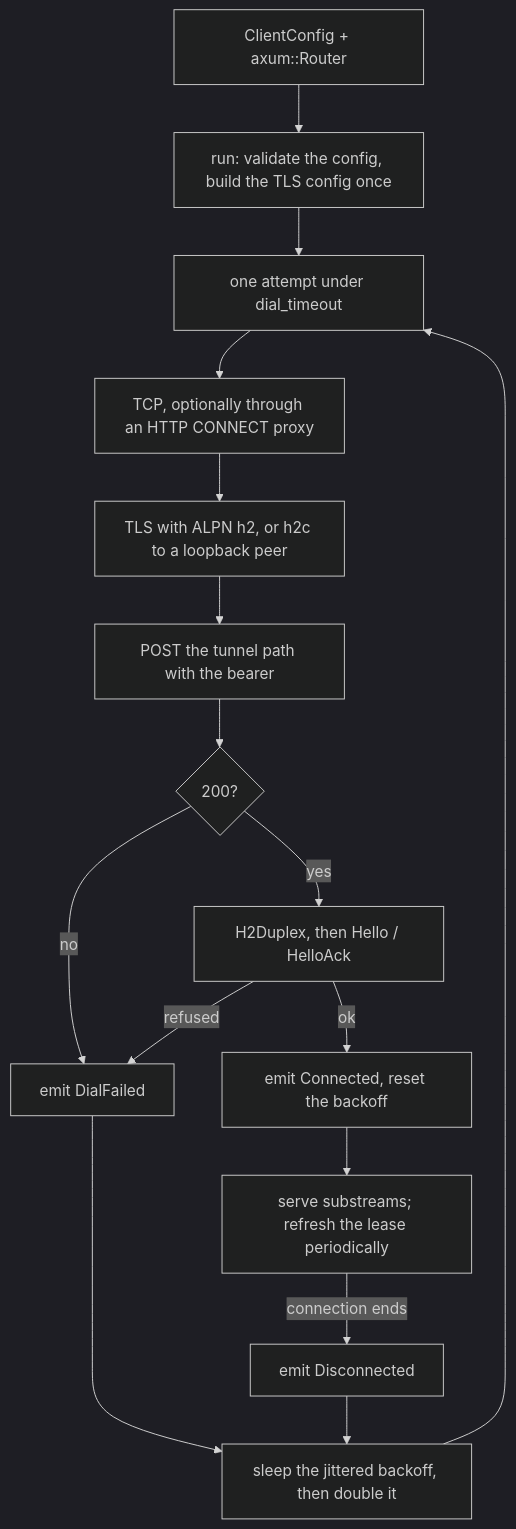
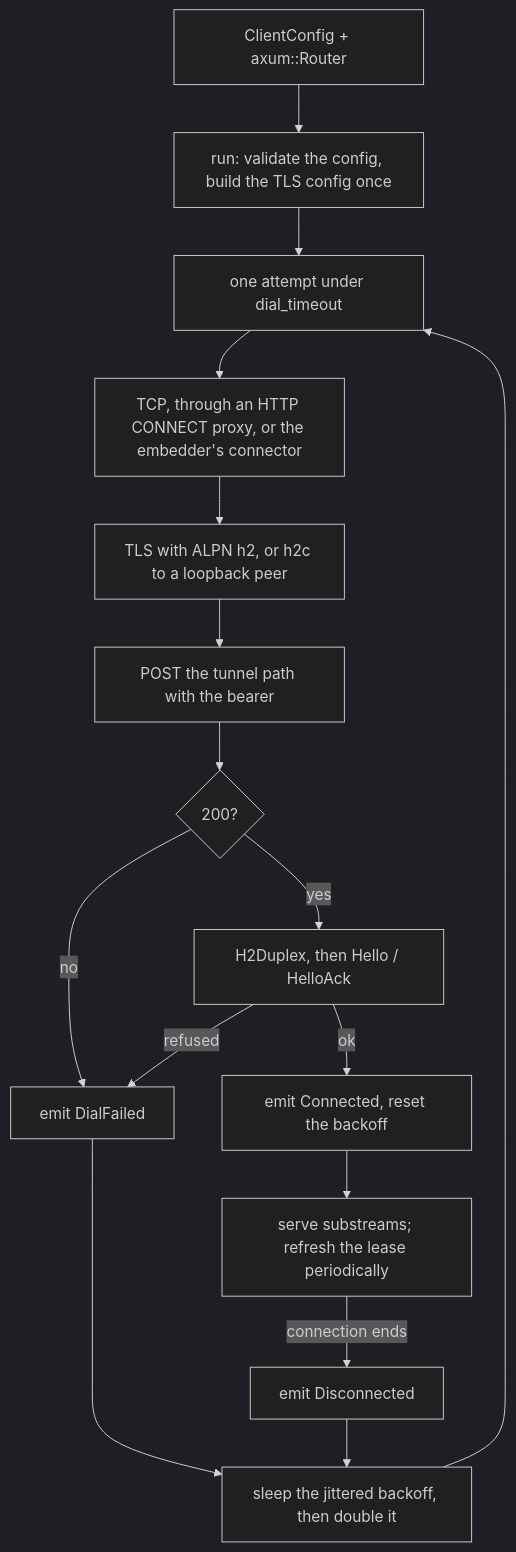
Before and after one commit to fiorix/chan: the diagram in crates/chan-tunnel-client/design.md, drawn with Mermaid (dark theme). The commit also changed other lines of this file and 4 other files, not shown here.

````diff
--- a/crates/chan-tunnel-client/design.md
+++ b/crates/chan-tunnel-client/design.md
@@ -11,18 +11,18 @@
 ```mermaid
 flowchart TD
     Cfg["ClientConfig + axum::Router"] --> Run["run: validate the config, build the TLS config once"]
     Run --> Dial["one attempt under dial_timeout"]
-    Dial --> Tcp["TCP, optionally through an HTTP CONNECT proxy"]
+    Dial --> Tcp["TCP, through an HTTP CONNECT proxy, or the embedder's connector"]
     Tcp --> Conn["TLS with ALPN h2, or h2c to a loopback peer"]
     Conn --> Post["POST the tunnel path with the bearer"]
     Post --> Status{"200?"}
     Status -->|"no"| Failed["emit DialFailed"]
     Status -->|"yes"| Hs["H2Duplex, then Hello / HelloAck"]
     Hs -->|"refused"| Failed
     Hs -->|"ok"| Reg["emit Connected, reset the backoff"]
     Reg --> Serve["serve substreams; refresh the lease periodically"]
     Serve -->|"connection ends"| Disc["emit Disconnected"]
     Failed --> Sleep["sleep the jittered backoff, then double it"]
     Disc --> Sleep
     Sleep --> Dial
 ```
````
